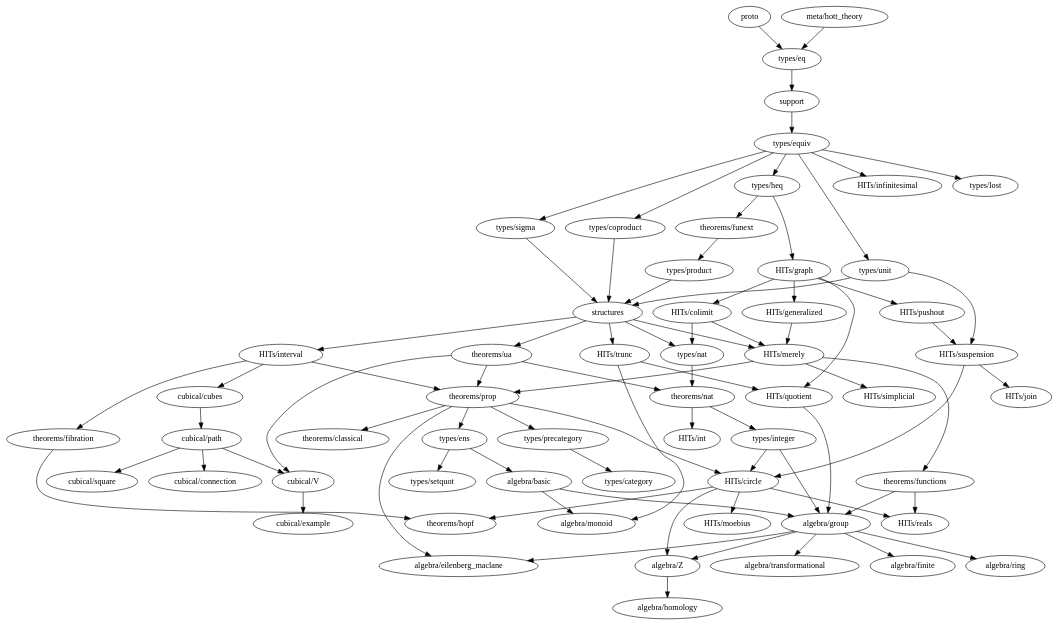
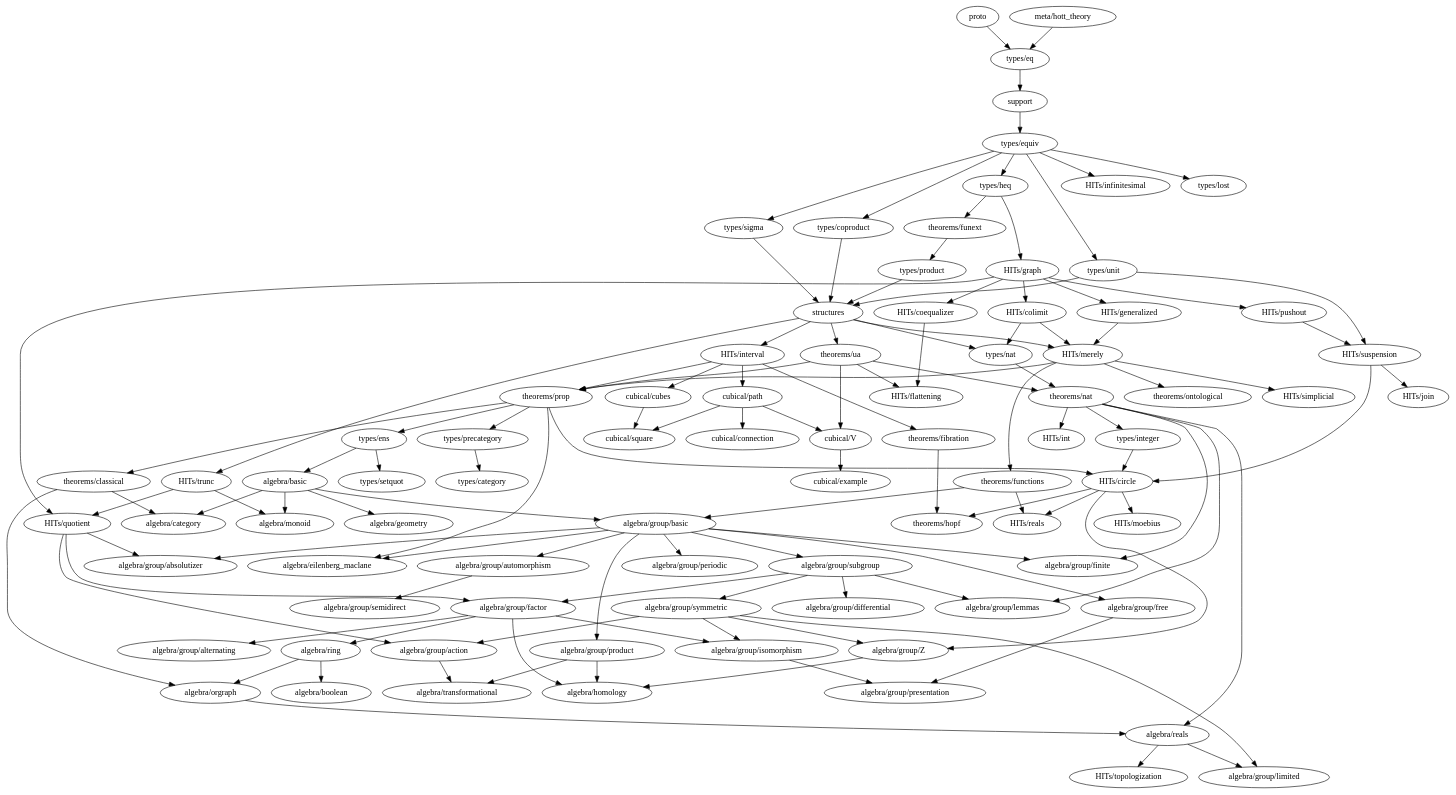
The diagram in dependency-map.gv (forked-from-1kasper/ground_zero), drawn with Graphviz before and after one commit. The commit also changed 2 other files, not shown here.

```diff
--- a/dependency-map.gv
+++ b/dependency-map.gv
@@ -1,131 +1,194 @@
 digraph dependency_map {
   proto -> "types/eq"
   "meta/hott_theory" -> "types/eq"
   support -> "types/equiv"
   structures -> {
     "HITs/interval",
     "HITs/merely",
     "HITs/trunc",
     "types/nat",
     "theorems/ua"
   }
 
   subgraph algebra {
-    "algebra/basic" -> { "algebra/monoid", "algebra/group" }
+    "algebra/basic" -> {
+      "algebra/category",
+      "algebra/monoid",
+      "algebra/geometry",
+      "algebra/group/basic"
+    }
+    "algebra/boolean"
+    "algebra/category"
     "algebra/eilenberg_maclane"
-    "algebra/finite"
-    "algebra/group" -> {
-      "algebra/eilenberg_maclane",
-      "algebra/finite",
-      "algebra/ring",
-      "algebra/transformational",
-      "algebra/Z"
-    }
+    "algebra/geometry"
     "algebra/homology"
     "algebra/monoid"
-    "algebra/ring"
+    "algebra/orgraph" -> { "algebra/reals" }
+    "algebra/reals" -> { "algebra/group/limited", "HITs/topologization" }
+    "algebra/ring" -> { "algebra/boolean", "algebra/orgraph" }
     "algebra/transformational"
-    "algebra/Z" -> { "algebra/homology" }
+
+  }
+
+  subgraph "algebra/group" {
+    "algebra/group/absolutizer"
+    "algebra/group/action" -> "algebra/transformational"
+    "algebra/group/alternating"
+    "algebra/group/automorphism" -> "algebra/group/semidirect"
+    "algebra/group/basic" -> {
+      "algebra/eilenberg_maclane",
+      "algebra/group/finite",
+      "algebra/group/absolutizer",
+      "algebra/group/automorphism",
+      "algebra/group/free",
+      "algebra/group/periodic",
+      "algebra/group/product",
+      "algebra/group/subgroup"
+    }
+    "algebra/group/differential"
+    "algebra/group/factor" -> {
+      "algebra/homology",
+      "algebra/ring",
+      "algebra/group/alternating",
+      "algebra/group/isomorphism"
+    }
+    "algebra/group/finite"
+    "algebra/group/free" -> "algebra/group/presentation"
+    "algebra/group/isomorphism" -> "algebra/group/presentation"
+    "algebra/group/lemmas"
+    "algebra/group/limited"
+    "algebra/group/periodic"
+    "algebra/group/presentation"
+    "algebra/group/product" -> { "algebra/homology", "algebra/transformational" }
+    "algebra/group/semidirect"
+    "algebra/group/subgroup" -> {
+      "algebra/group/differential",
+      "algebra/group/factor",
+      "algebra/group/lemmas",
+      "algebra/group/symmetric"
+    }
+    "algebra/group/symmetric" -> {
+      "algebra/group/limited",
+      "algebra/group/Z",
+      "algebra/group/action",
+      "algebra/group/isomorphism"
+    }
+    "algebra/group/Z" -> { "algebra/homology" }
   }
 
   subgraph types {
     "types/category"
     "types/coproduct" -> { structures }
     "types/eq" -> { support }
     "types/ens" -> { "algebra/basic", "types/setquot" }
     "types/equiv" -> {
       "types/heq",
       "HITs/infinitesimal",
       "types/coproduct",
       "types/lost",
       "types/unit",
       "types/sigma"
     }
     "types/heq" -> {
       "HITs/graph", "theorems/funext"
     }
-    "types/integer" -> {
-      "algebra/group",
-      "HITs/circle"
-    }
+    "types/integer" -> "HITs/circle"
     "types/lost"
     "types/nat" -> { "theorems/nat" }
     "types/precategory" -> { "types/category" }
     "types/product" -> { structures }
     "types/setquot"
     "types/sigma" -> { structures }
     "types/unit" -> { structures, "HITs/suspension" }
   }
 
   subgraph HITs {
     "HITs/circle" -> {
-      "algebra/Z",
+      "algebra/group/Z",
       "theorems/hopf",
       "HITs/moebius",
       "HITs/reals"
     }
+    "HITs/coequalizer" -> { "HITs/flattening" }
     "HITs/colimit" -> { "HITs/merely", "types/nat" }
+    "HITs/flattening"
     "HITs/generalized" -> "HITs/merely"
     "HITs/graph" -> {
+      "HITs/coequalizer",
       "HITs/colimit",
       "HITs/generalized",
       "HITs/pushout",
       "HITs/quotient"
     }
     "HITs/infinitesimal"
     "HITs/interval" -> {
       "cubical/cubes",
+      "cubical/path",
       "theorems/prop",
       "theorems/fibration"
     }
     "HITs/join"
     "HITs/merely" -> {
+      "theorems/ontological",
       "theorems/prop",
       "HITs/simplicial",
       "theorems/functions"
     }
     "HITs/moebius"
     "HITs/pushout" -> {
       "HITs/suspension"
     }
-    "HITs/quotient" -> { "algebra/group" }
+    "HITs/quotient" -> {
+      "algebra/group/absolutizer",
+      "algebra/group/action",
+      "algebra/group/factor"
+    }
     "HITs/reals"
     "HITs/simplicial"
     "HITs/suspension" -> { "HITs/circle", "HITs/join" }
+    "HITs/topologization"
     "HITs/trunc" -> { "algebra/monoid", "HITs/quotient" }
   }
 
   subgraph cubical {
     "cubical/connection"
-    "cubical/cubes" -> "cubical/path"
+    "cubical/cubes" -> "cubical/square"
     "cubical/example"
     "cubical/path" -> {
       "cubical/square",
       "cubical/V",
       "cubical/connection"
     }
     "cubical/square"
     "cubical/V" -> { "cubical/example" }
   }
 
   subgraph theorems {
-    "theorems/classical"
+    "theorems/classical" -> { "algebra/category", "algebra/orgraph" }
     "theorems/fibration" -> { "theorems/hopf" }
-    "theorems/functions" -> { "HITs/reals", "algebra/group" }
+    "theorems/functions" -> { "HITs/reals", "algebra/group/basic" }
     "theorems/funext" -> { "types/product" }
     "theorems/hopf"
-    "theorems/nat" -> { "HITs/int", "types/integer" }
+    "theorems/ontological"
+    "theorems/nat" -> {
+      "algebra/group/finite",
+      "algebra/reals",
+      "HITs/int",
+      "types/integer",
+      "algebra/group/lemmas"
+    }
     "theorems/prop" -> {
       "algebra/eilenberg_maclane",
       "HITs/circle",
       "types/ens",
       "types/precategory",
       "theorems/classical"
     }
     "theorems/ua" -> {
+      "HITs/flattening",
       "theorems/nat",
       "theorems/prop",
       "cubical/V"
     }
   }
 }
```
